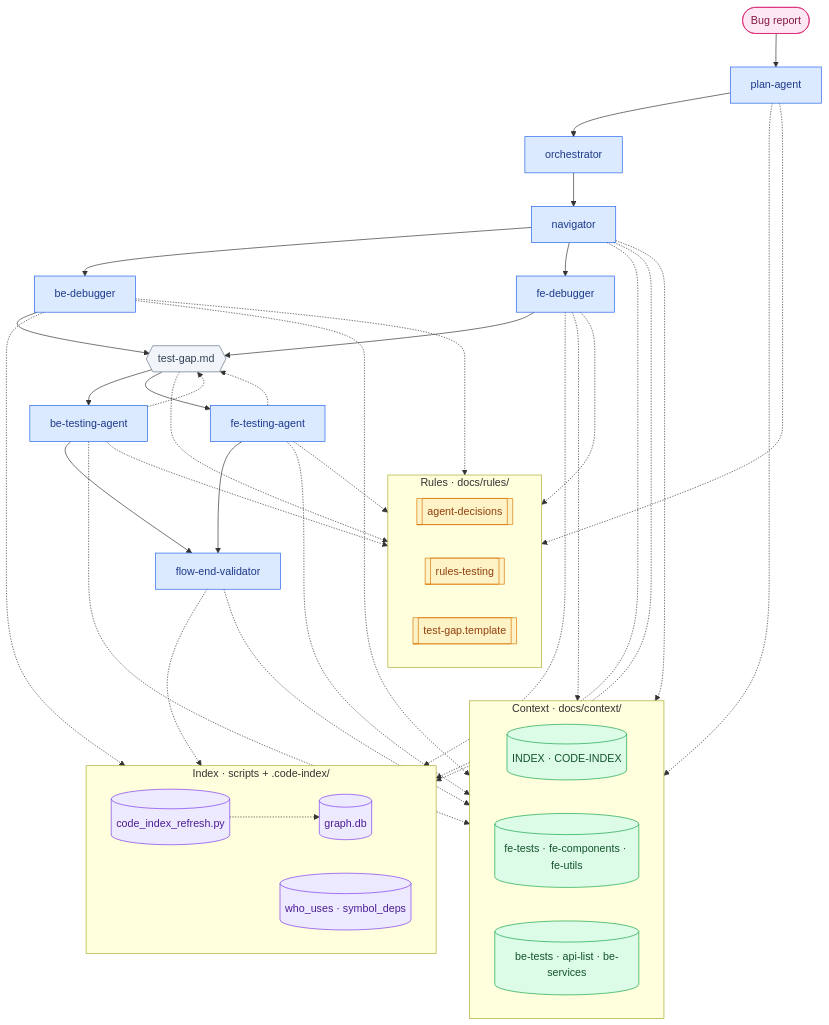
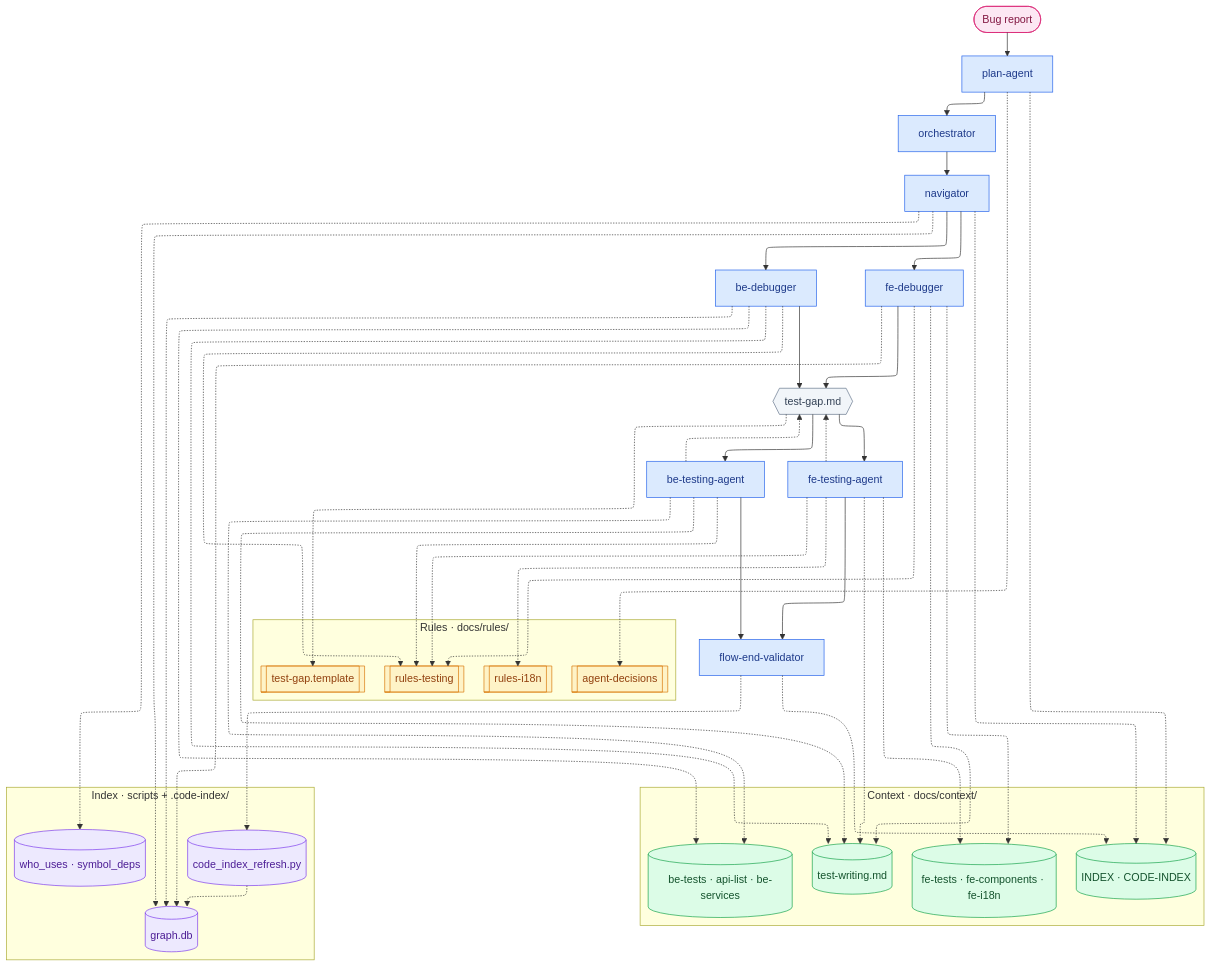
Before and after one commit to NikoNakkan/TestAgenFl: the fourth of 4 diagrams in docs/agentic-flowcharts.md, drawn with Mermaid. The commit also changed other lines of this file and 14 other files, not shown here.

````diff
--- a/docs/agentic-flowcharts.md
+++ b/docs/agentic-flowcharts.md
@@ -389,16 +401,22 @@
 ```mermaid
+---
+config:
+  layout: elk
+---
 flowchart TB
   subgraph RULES["Rules · docs/rules/"]
     direction LR
     AD[[agent-decisions]]
     RT[[rules-testing]]
+    RI18N[[rules-i18n]]
     TGT[[test-gap.template]]
   end
 
   subgraph CONTEXT["Context · docs/context/"]
     direction LR
     CIDX[(INDEX · CODE-INDEX)]
-    CFE[(fe-tests · fe-components · fe-utils)]
+    TWRITE[(test-writing.md)]
+    CFE[(fe-tests · fe-components · fe-i18n)]
     CBE[(be-tests · api-list · be-services)]
   end
 
@@ -427,28 +445,27 @@
 
   PA -.-> AD
   PA -.-> CIDX
-
   NAV -.-> CIDX
   NAV -.-> GDB
   NAV -.-> QRY
-
   BDBG -.-> RT
+  BDBG -.-> TWRITE
   BDBG -.-> CBE
   BDBG -.-> GDB
   TG -.-> TGT
-
   FDBG -.-> RT
+  FDBG -.-> TWRITE
   FDBG -.-> CFE
   FDBG -.-> GDB
-
   BTA -.-> RT
+  BTA -.-> TWRITE
   BTA -.-> TG
   BTA -.-> CBE
-
   FTA -.-> RT
+  FTA -.-> RI18N
+  FTA -.-> TWRITE
   FTA -.-> TG
   FTA -.-> CFE
-
   FEV -.-> CIDX
   FEV -.-> REF
   REF -.-> GDB
@@ -462,8 +479,8 @@
 
   class U user
   class PA,OR,NAV,BDBG,FDBG,BTA,FTA,FEV agent
-  class AD,RT,TGT rule
-  class CIDX,CFE,CBE context
+  class AD,RT,RI18N,TGT rule
+  class CIDX,TWRITE,CFE,CBE context
   class GDB,QRY,REF index
   class TG artifact
 ```
````
